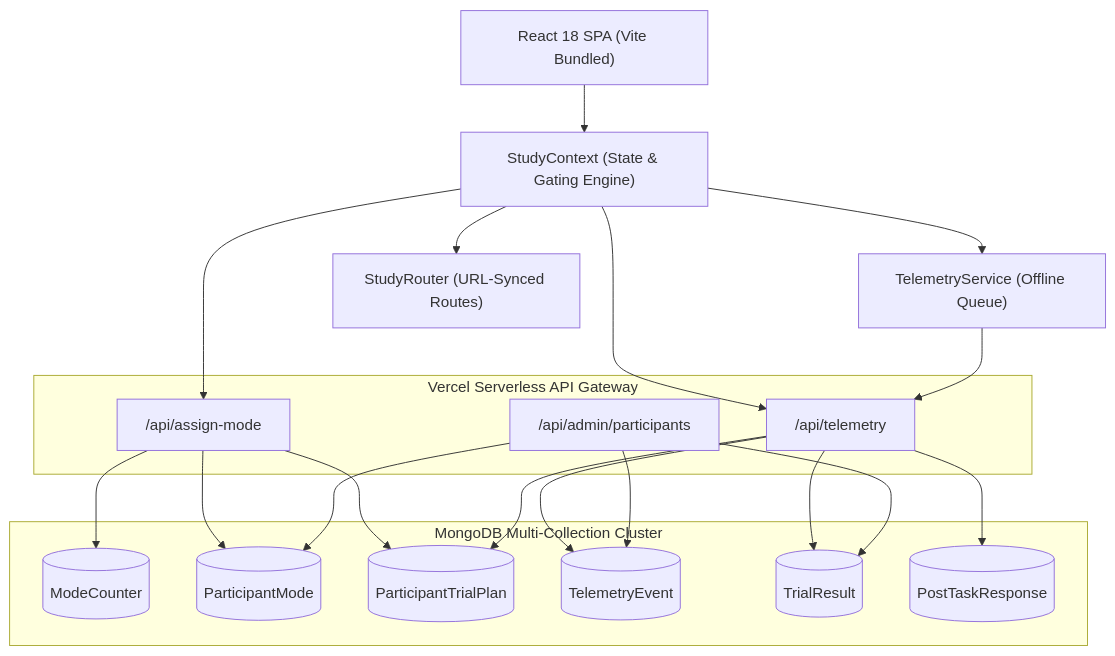
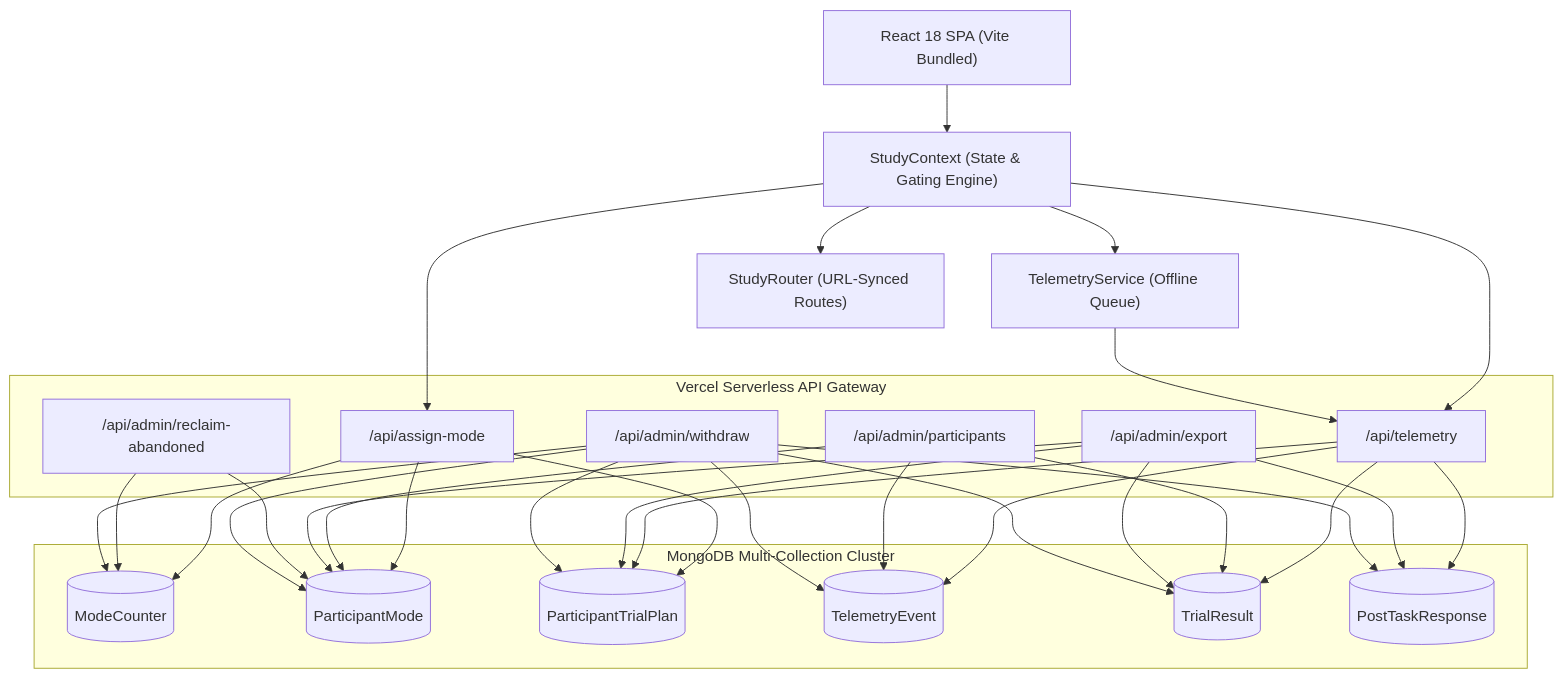
One commit to pranav18june/CHI-experiment changed the first of 4 diagrams in TECHNICAL_REPORT.md. Above: the diagram before and after it, drawn with Mermaid. The commit also changed other lines of this file and 14 other files, not shown here.

````diff
--- a/TECHNICAL_REPORT.md
+++ b/TECHNICAL_REPORT.md
@@ -57,42 +57,60 @@
 ```mermaid
 graph TD
     Client["React 18 SPA (Vite Bundled)"]
     Context["StudyContext (State & Gating Engine)"]
     TelemetryClient["TelemetryService (Offline Queue)"]
     Router["StudyRouter (URL-Synced Routes)"]
 
     subgraph BackendGateway ["Vercel Serverless API Gateway"]
         AssignModeAPI["/api/assign-mode"]
         TelemetryAPI["/api/telemetry"]
         AdminAPI["/api/admin/participants"]
+        ExportAPI["/api/admin/export"]
+        ReclaimAPI["/api/admin/reclaim-abandoned"]
+        WithdrawAPI["/api/admin/withdraw"]
     end
 
     subgraph MongoDBDatabase ["MongoDB Multi-Collection Cluster"]
         ModeCounterCol[("ModeCounter")]
         ParticipantModeCol[("ParticipantMode")]
         ParticipantTrialPlanCol[("ParticipantTrialPlan")]
         TelemetryEventCol[("TelemetryEvent")]
         TrialResultCol[("TrialResult")]
         PostTaskResponseCol[("PostTaskResponse")]
     end
 
     Client --> Context
     Context --> Router
     Context --> TelemetryClient
     Context --> AssignModeAPI
     Context --> TelemetryAPI
     TelemetryClient --> TelemetryAPI
 
     AssignModeAPI --> ModeCounterCol
     AssignModeAPI --> ParticipantModeCol
     AssignModeAPI --> ParticipantTrialPlanCol
 
     TelemetryAPI --> ParticipantTrialPlanCol
     TelemetryAPI --> TelemetryEventCol
     TelemetryAPI --> TrialResultCol
     TelemetryAPI --> PostTaskResponseCol
 
     AdminAPI --> ParticipantModeCol
     AdminAPI --> TelemetryEventCol
     AdminAPI --> TrialResultCol
+
+    ExportAPI --> TrialResultCol
+    ExportAPI --> ParticipantModeCol
+    ExportAPI --> ParticipantTrialPlanCol
+    ExportAPI --> PostTaskResponseCol
+
+    ReclaimAPI --> ParticipantModeCol
+    ReclaimAPI --> ModeCounterCol
+
+    WithdrawAPI --> ParticipantModeCol
+    WithdrawAPI --> ParticipantTrialPlanCol
+    WithdrawAPI --> TelemetryEventCol
+    WithdrawAPI --> TrialResultCol
+    WithdrawAPI --> PostTaskResponseCol
+    WithdrawAPI --> ModeCounterCol
 ```
````
